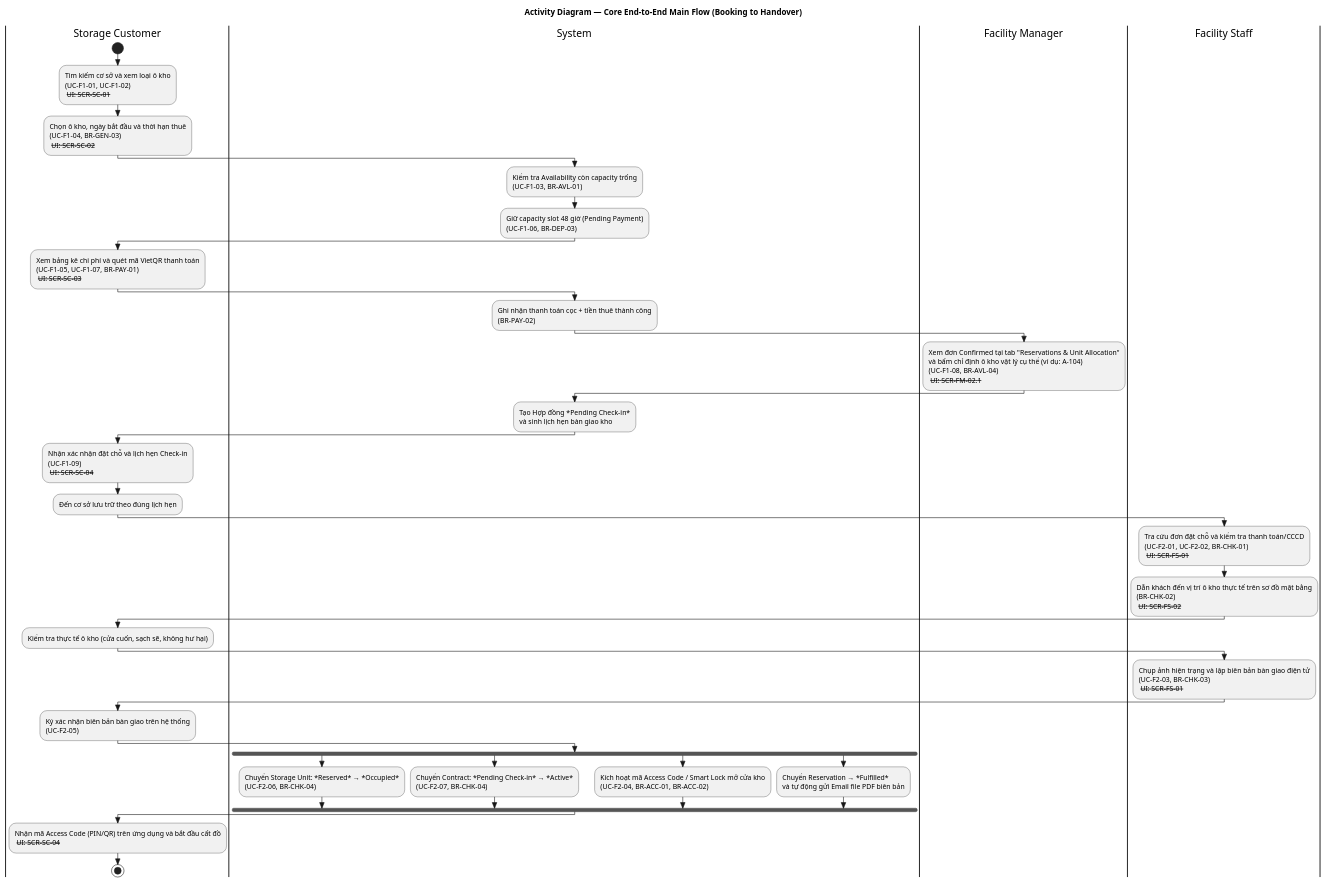
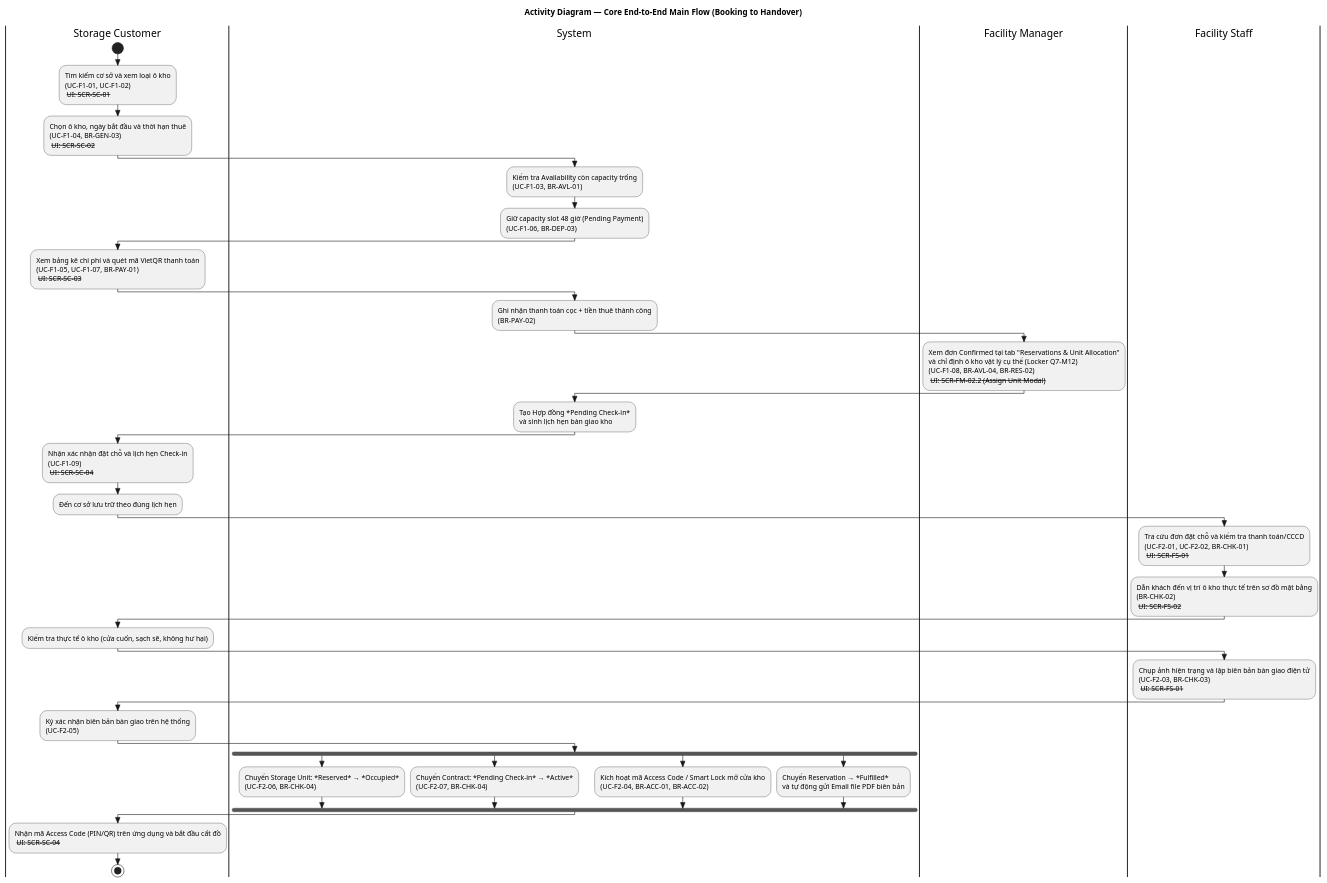
The diagram in docs/diagrams/activity-main-flow-end-to-end.puml (Nguyen-Van-Gia-Binh/Self-Storage-Facility-Rental-and-Management-System), drawn with PlantUML before and after one commit. The commit also changed 1 other file, not shown here.

Commit message:
docs(unit): tích hợp modal SCR-FM-02.2 gán ô kho vào kịch bản demo (#16)

```diff
--- a/docs/diagrams/activity-main-flow-end-to-end.puml
+++ b/docs/diagrams/activity-main-flow-end-to-end.puml
@@ -1,87 +1,87 @@
 @startuml activity-main-flow-end-to-end
 skinparam conditionStyle inside
 skinparam style strictuml
 
 title Activity Diagram — Core End-to-End Main Flow (Booking to Handover)
 
 |Storage Customer|
 start
 :Tìm kiếm cơ sở và xem loại ô kho
 (UC-F1-01, UC-F1-02)
 -- UI: SCR-SC-01 --;
 :Chọn ô kho, ngày bắt đầu và thời hạn thuê
 (UC-F1-04, BR-GEN-03)
 -- UI: SCR-SC-02 --;
 
 |System|
 :Kiểm tra Availability còn capacity trống
 (UC-F1-03, BR-AVL-01);
 :Giữ capacity slot 48 giờ (Pending Payment)
 (UC-F1-06, BR-DEP-03);
 
 |Storage Customer|
 :Xem bảng kê chi phí và quét mã VietQR thanh toán
 (UC-F1-05, UC-F1-07, BR-PAY-01)
 -- UI: SCR-SC-03 --;
 
 |System|
 :Ghi nhận thanh toán cọc + tiền thuê thành công
 (BR-PAY-02);
 
 |Facility Manager|
 :Xem đơn Confirmed tại tab "Reservations & Unit Allocation"
-và bấm chỉ định ô kho vật lý cụ thể (ví dụ: A-104)
-(UC-F1-08, BR-AVL-04)
--- UI: SCR-FM-02.1 --;
+và chỉ định ô kho vật lý cụ thể (Locker Q7-M12)
+(UC-F1-08, BR-AVL-04, BR-RES-02)
+-- UI: SCR-FM-02.2 (Assign Unit Modal) --;
 
 |System|
 :Tạo Hợp đồng *Pending Check-in*
 và sinh lịch hẹn bàn giao kho;
 
 |Storage Customer|
 :Nhận xác nhận đặt chỗ và lịch hẹn Check-in
 (UC-F1-09)
 -- UI: SCR-SC-04 --;
 :Đến cơ sở lưu trữ theo đúng lịch hẹn;
 
 |Facility Staff|
 :Tra cứu đơn đặt chỗ và kiểm tra thanh toán/CCCD
 (UC-F2-01, UC-F2-02, BR-CHK-01)
 -- UI: SCR-FS-01 --;
 :Dẫn khách đến vị trí ô kho thực tế trên sơ đồ mặt bằng
 (BR-CHK-02)
 -- UI: SCR-FS-02 --;
 
 |Storage Customer|
 :Kiểm tra thực tế ô kho (cửa cuốn, sạch sẽ, không hư hại);
 
 |Facility Staff|
 :Chụp ảnh hiện trạng và lập biên bản bàn giao điện tử
 (UC-F2-03, BR-CHK-03)
 -- UI: SCR-FS-01 --;
 
 |Storage Customer|
 :Ký xác nhận biên bản bàn giao trên hệ thống
 (UC-F2-05);
 
 |System|
 fork
   :Chuyển Storage Unit: *Reserved* → *Occupied*
   (UC-F2-06, BR-CHK-04);
 fork again
   :Chuyển Contract: *Pending Check-in* → *Active*
   (UC-F2-07, BR-CHK-04);
 fork again
   :Kích hoạt mã Access Code / Smart Lock mở cửa kho
   (UC-F2-04, BR-ACC-01, BR-ACC-02);
 fork again
   :Chuyển Reservation → *Fulfilled*
   và tự động gửi Email file PDF biên bản;
 end fork
 
 |Storage Customer|
 :Nhận mã Access Code (PIN/QR) trên ứng dụng và bắt đầu cất đồ
 -- UI: SCR-SC-04 --;
 stop
 
 @enduml
```
